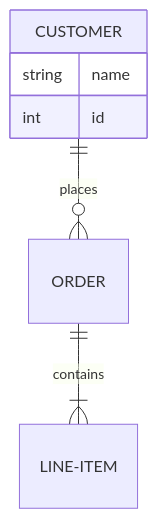
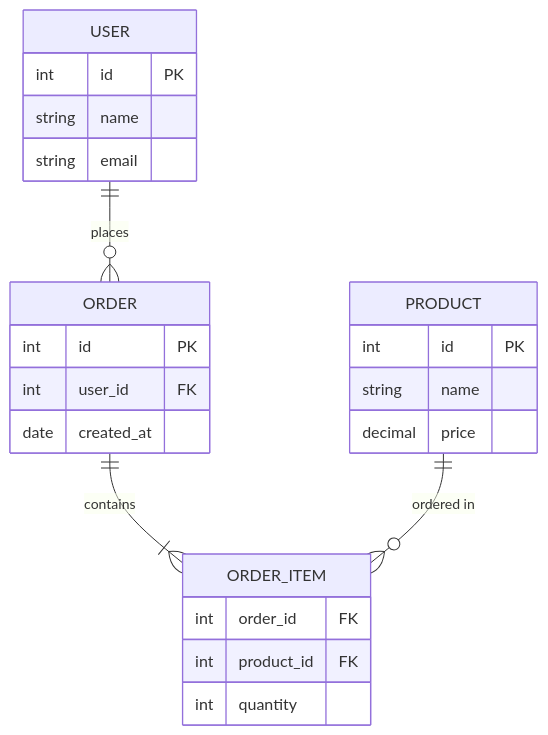
The fourth of 8 diagrams in skills/data/mermaid-diagram/SKILL.md (runkids/claude-skill-registry), drawn with Mermaid before and after one commit. The commit also changed other lines of this file and 29822 other files, not shown here.

````diff
--- a/skills/data/mermaid-diagram/SKILL.md
+++ b/skills/data/mermaid-diagram/SKILL.md
@@ -301,10 +130,27 @@
 ```mermaid
 erDiagram
-    CUSTOMER ||--o{ ORDER : places
-    ORDER ||--|{ LINE-ITEM : contains
+    USER ||--o{ ORDER : places
+    ORDER ||--|{ ORDER_ITEM : contains
+    PRODUCT ||--o{ ORDER_ITEM : "ordered in"
 
-    CUSTOMER {
+    USER {
+        int id PK
         string name
-        int id
+        string email
+    }
+    ORDER {
+        int id PK
+        int user_id FK
+        date created_at
+    }
+    ORDER_ITEM {
+        int order_id FK
+        int product_id FK
+        int quantity
+    }
+    PRODUCT {
+        int id PK
+        string name
+        decimal price
     }
 ```
````
